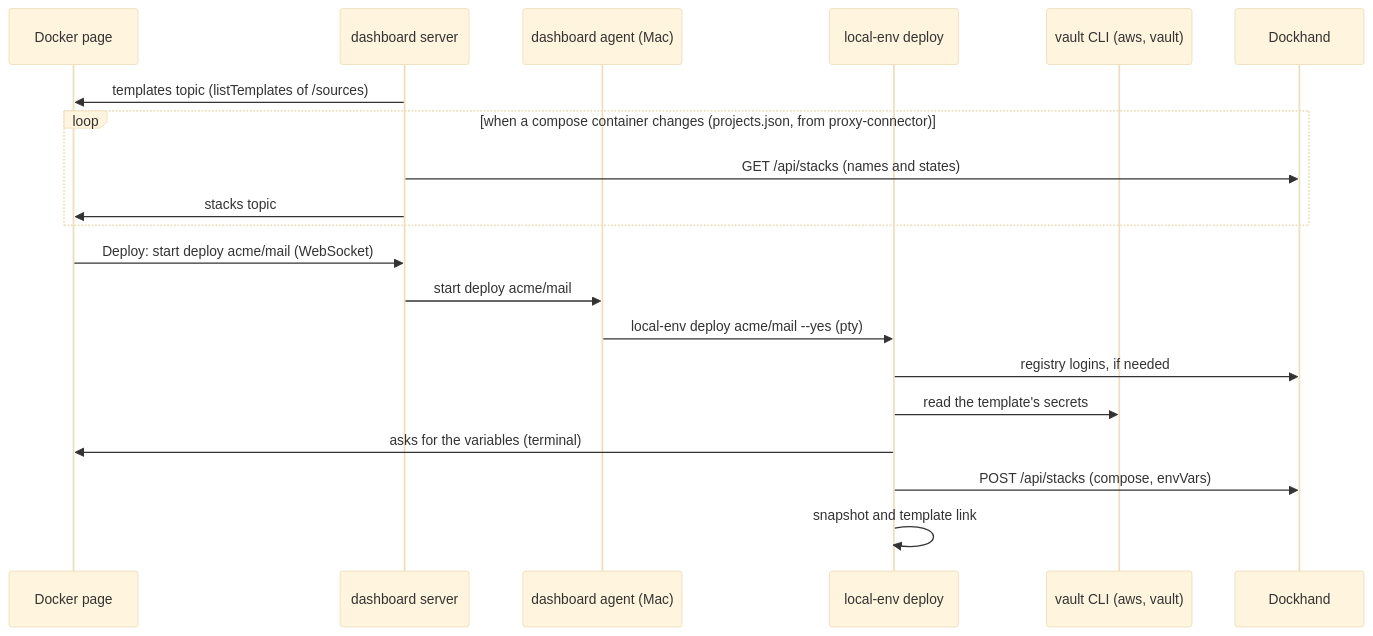
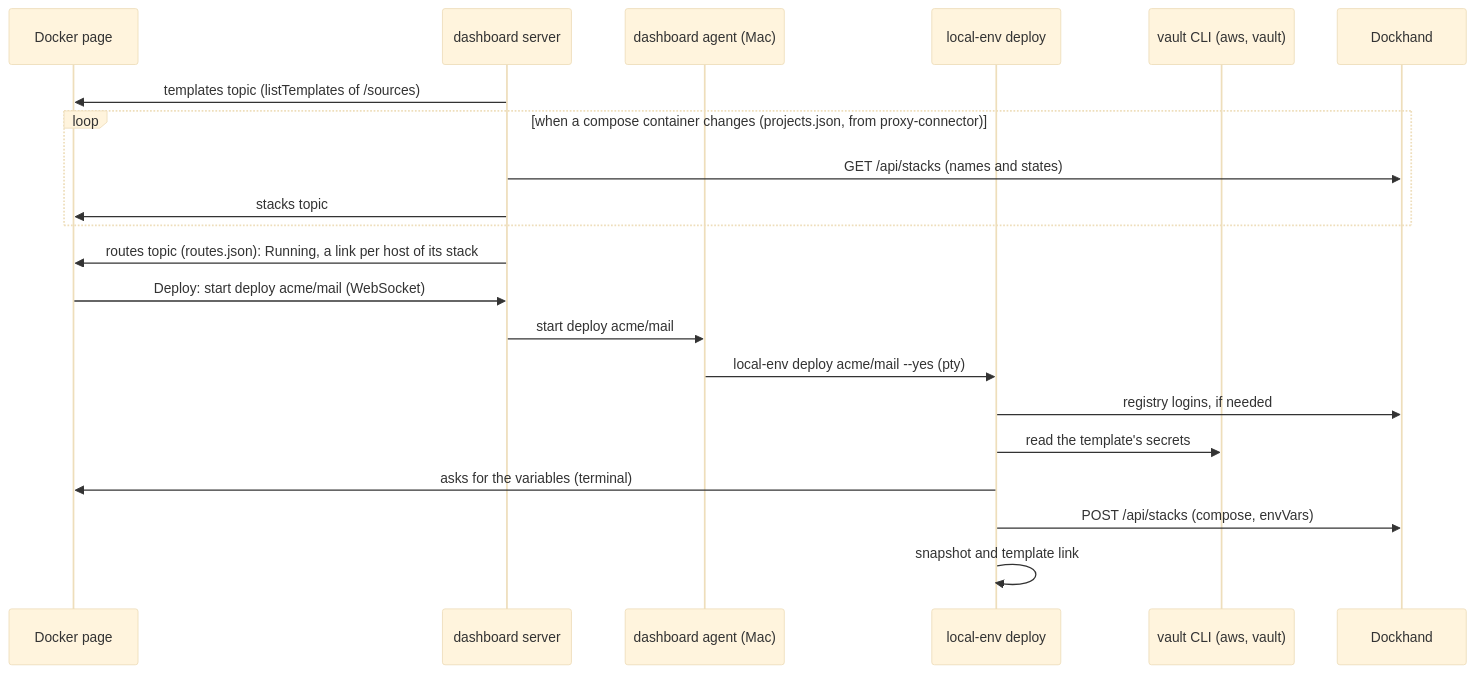
One commit to cgaube/local-env changed the diagram in docs/3-how-it-works/docker-catalog.md. Above: the diagram before and after it, drawn with Mermaid (base theme). The commit also changed other lines of this file and 10 other files, not shown here.

First line of the commit message:
Link every host on Docker cards and show sync progress (#66)

````diff
--- a/docs/3-how-it-works/docker-catalog.md
+++ b/docs/3-how-it-works/docker-catalog.md
@@ -31,22 +31,23 @@
 ```mermaid
 sequenceDiagram
   participant Page as Docker page
   participant Dash as dashboard server
   participant Agent as dashboard agent (Mac)
   participant CLI as local-env deploy
   participant Vault as vault CLI (aws, vault)
   participant DH as Dockhand
   Dash->>Page: templates topic (listTemplates of /sources)
   loop when a compose container changes (projects.json, from proxy-connector)
     Dash->>DH: GET /api/stacks (names and states)
     Dash->>Page: stacks topic
   end
+  Dash->>Page: routes topic (routes.json): Running, a link per host of its stack
   Page->>Dash: Deploy: start deploy acme/mail (WebSocket)
   Dash->>Agent: start deploy acme/mail
   Agent->>CLI: local-env deploy acme/mail --yes (pty)
   CLI->>DH: registry logins, if needed
   CLI->>Vault: read the template's secrets
   CLI->>Page: asks for the variables (terminal)
   CLI->>DH: POST /api/stacks (compose, envVars)
   CLI->>CLI: snapshot and template link
 ```
````
